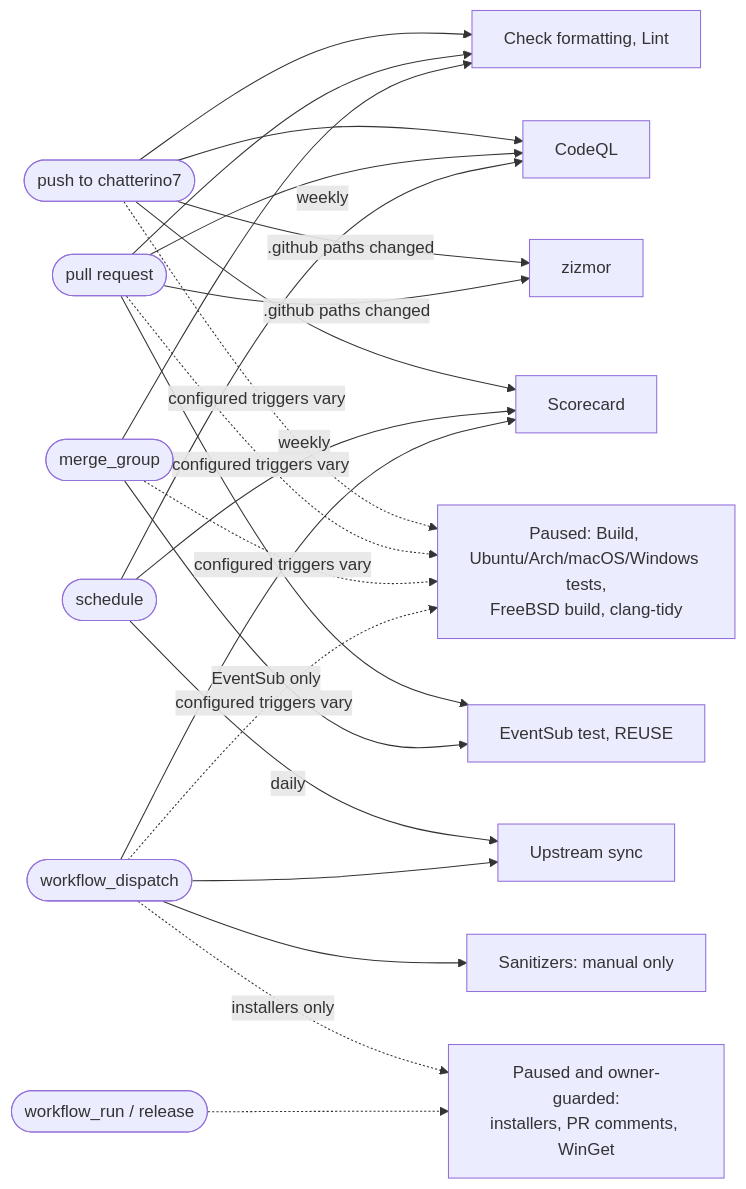
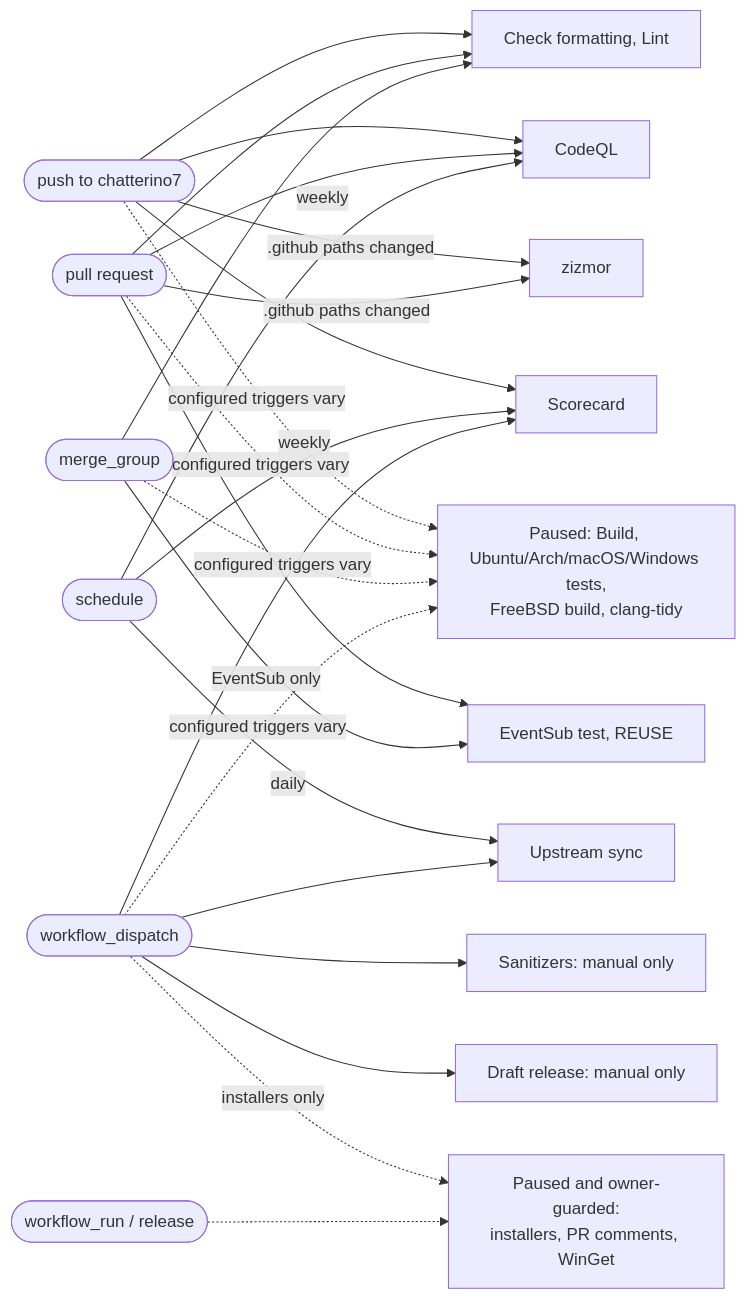
Before and after one commit to pjeweb/chatterino7-yt: the diagram in docs/fork/CI.md, drawn with Mermaid. The commit also changed other lines of this file and 7 other files, not shown here.

First line of the commit message:
Add manual draft-release workflow with checksums, SBOMs and attestations

````diff
--- a/docs/fork/CI.md
+++ b/docs/fork/CI.md
@@ -9,29 +9,30 @@
 ```mermaid
 flowchart LR
     push([push to chatterino7])
     pr([pull request])
     queue([merge_group])
     cron([schedule])
     manual([workflow_dispatch])
     fmt[Check formatting, Lint]
     prOnly[EventSub test, REUSE]
     codeql[CodeQL]
     zizmor[zizmor]
     scorecard[Scorecard]
     sync[Upstream sync]
     sanitizers[Sanitizers: manual only]
+    release[Draft release: manual only]
     paused[Paused: Build, Ubuntu/Arch/macOS/Windows tests,<br/>FreeBSD build, clang-tidy]
     publish[Paused and owner-guarded:<br/>installers, PR comments, WinGet]
     push & pr & queue --> fmt
     pr --> prOnly
     queue -->|EventSub only| prOnly
     push & pr --> codeql
     push & pr -->|.github paths changed| zizmor
     push --> scorecard
     cron -->|weekly| codeql & scorecard
     cron -->|daily| sync
-    manual --> scorecard & sync & sanitizers
+    manual --> scorecard & sync & sanitizers & release
     push & pr & queue & manual -.->|configured triggers vary| paused
     manual -.->|installers only| publish
     events([workflow_run / release]) -.-> publish
 ```
````
